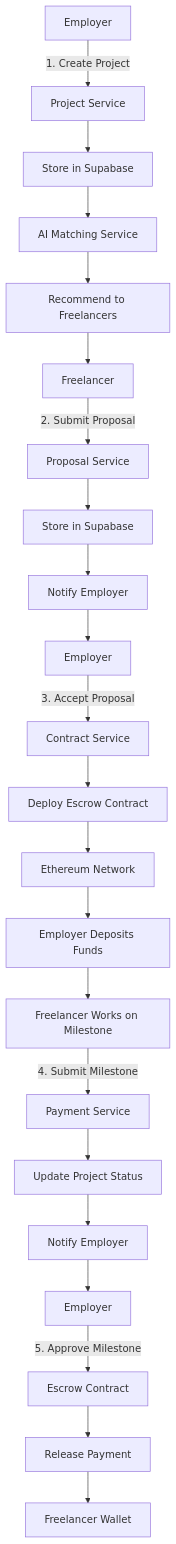
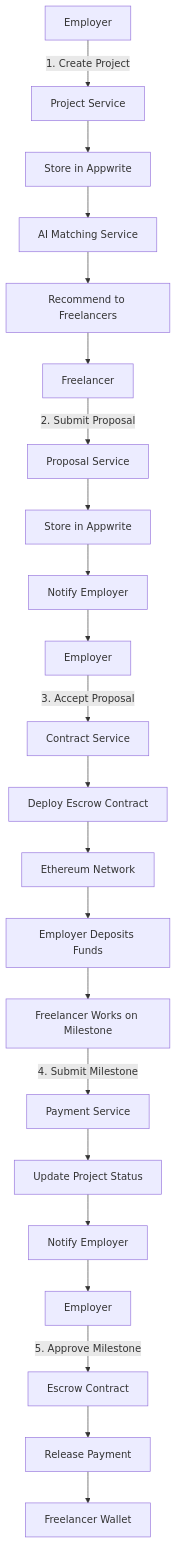
Before and after one commit to ProTechPh/FreelanceXchain-api: the second of 13 diagrams in docs/deployment-guides.md, drawn with Mermaid. The commit also changed other lines of this file and 469 other files, not shown here.

````diff
--- a/docs/deployment-guides.md
+++ b/docs/deployment-guides.md
@@ -153,24 +153,24 @@
 ```mermaid
 flowchart TD
 A[Employer] --> |1. Create Project| B[Project Service]
-B --> C[Store in Supabase]
+B --> C[Store in Appwrite]
 C --> D[AI Matching Service]
 D --> E[Recommend to Freelancers]
 E --> F[Freelancer]
 F --> |2. Submit Proposal| G[Proposal Service]
-G --> H[Store in Supabase]
+G --> H[Store in Appwrite]
 H --> I[Notify Employer]
 I --> J[Employer]
 J --> |3. Accept Proposal| K[Contract Service]
 K --> L[Deploy Escrow Contract]
 L --> M[Ethereum Network]
 M --> N[Employer Deposits Funds]
 N --> O[Freelancer Works on Milestone]
 O --> |4. Submit Milestone| P[Payment Service]
 P --> Q[Update Project Status]
 Q --> R[Notify Employer]
 R --> S[Employer]
 S --> |5. Approve Milestone| T[Escrow Contract]
 T --> U[Release Payment]
 U --> V[Freelancer Wallet]
 ```
````
